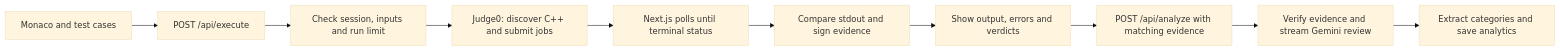
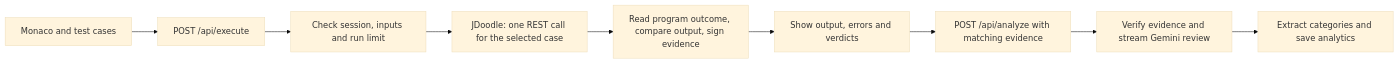
Before and after one commit to mukherjeesoumyakanta-del/ai-bug-analyser: the diagram in README.md, drawn with Mermaid (base theme). The commit also changed other lines of this file and 16 other files, not shown here.

````diff
--- a/README.md
+++ b/README.md
@@ -23,12 +22,11 @@
 ```mermaid
 flowchart LR
     A["Monaco and test cases"] --> B["POST /api/execute"]
     B --> C["Check session, inputs and run limit"]
-    C --> D["Judge0: discover C++ and submit jobs"]
-    D --> E["Next.js polls until terminal status"]
-    E --> F["Compare stdout and sign evidence"]
+    C --> D["JDoodle: one REST call for the selected case"]
+    D --> F["Read program outcome, compare output, sign evidence"]
     F --> G["Show output, errors and verdicts"]
     G --> H["POST /api/analyze with matching evidence"]
     H --> I["Verify evidence and stream Gemini review"]
     I --> J["Extract categories and save analytics"]
 ```
````
